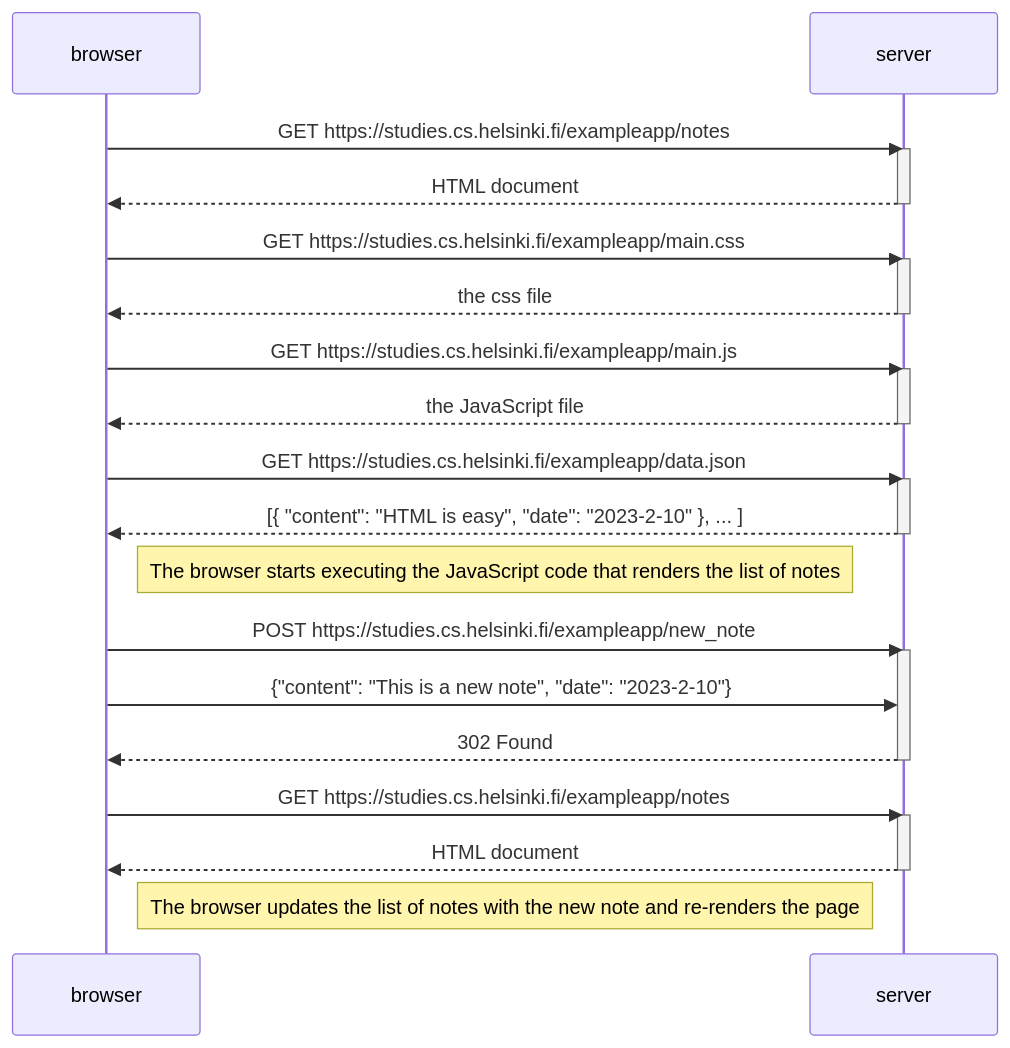
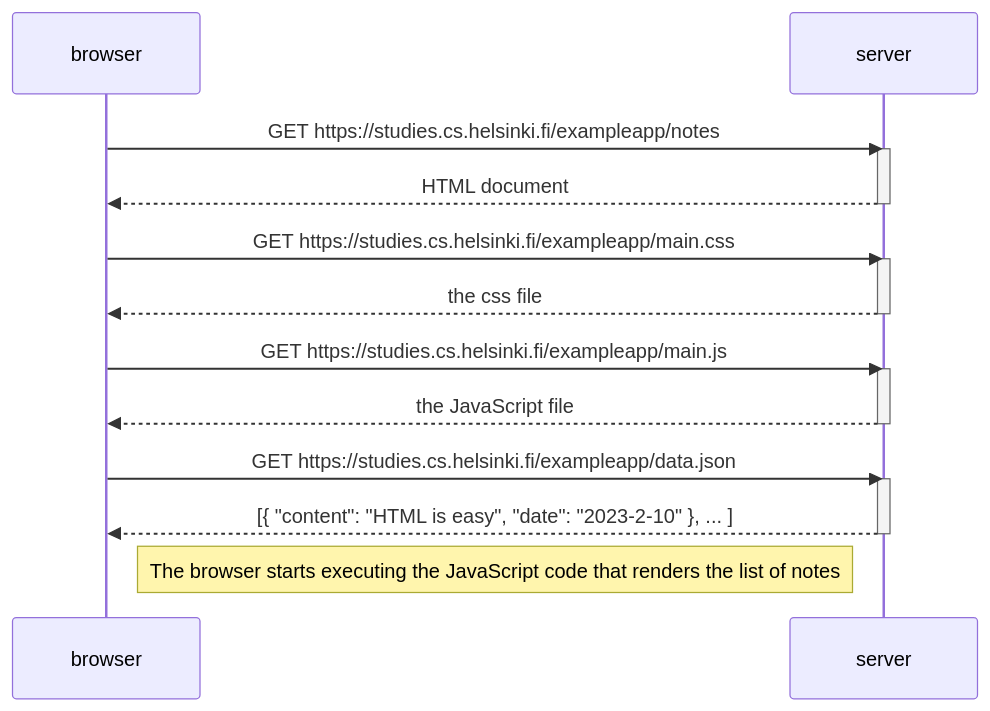
Before and after one commit to TuanDao-0110/Full_Stack_Open: the diagram in part0/0.4 new note/README.md, drawn with Mermaid. The commit also changed 1 other file, not shown here.

Commit message:
update diagram

````diff
--- a/part0/0.4 new note/README.md
+++ b/part0/0.4 new note/README.md
@@ -1,41 +1,29 @@
 ```mermaid
 sequenceDiagram
   participant browser
 participant server
 
 browser->>server: GET https://studies.cs.helsinki.fi/exampleapp/notes
 activate server
 server-->>browser: HTML document
 deactivate server
 
 browser->>server: GET https://studies.cs.helsinki.fi/exampleapp/main.css
 activate server
 server-->>browser: the css file
 deactivate server
 
 browser->>server: GET https://studies.cs.helsinki.fi/exampleapp/main.js
 activate server
 server-->>browser: the JavaScript file
 deactivate server
 
 browser->>server: GET https://studies.cs.helsinki.fi/exampleapp/data.json
 activate server
 server-->>browser: [{ "content": "HTML is easy", "date": "2023-2-10" }, ... ]
 deactivate server
 
 Note right of browser: The browser starts executing the JavaScript code that renders the list of notes
 
-browser->>server: POST https://studies.cs.helsinki.fi/exampleapp/new_note
-activate server
-browser->>server: {"content": "This is a new note", "date": "2023-2-10"}
-server-->>browser: 302 Found
-deactivate server
-
-browser->>server: GET https://studies.cs.helsinki.fi/exampleapp/notes
-activate server
-server-->>browser: HTML document
-deactivate server
-
-Note right of browser: The browser updates the list of notes with the new note and re-renders the page
 
 ```
````
